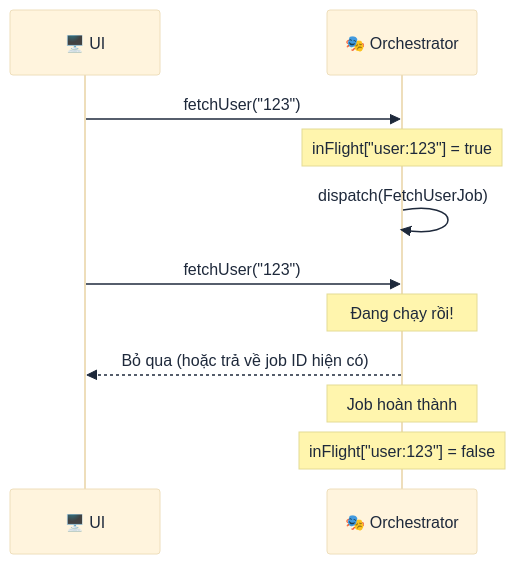
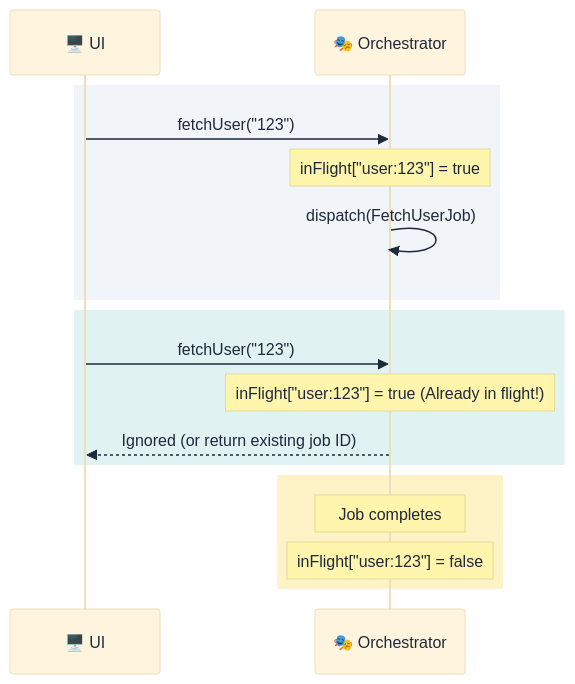
Before and after one commit to lploc94/flutter_orchestrator: diagram 14 of 16 in book/vi/chapters/05_advanced_patterns.md, drawn with Mermaid. The commit also changed 5 other files, not shown here.

First line of the commit message:
docs(book): finalize beautification of all Mermaid diagrams

````diff
--- a/book/vi/chapters/05_advanced_patterns.md
+++ b/book/vi/chapters/05_advanced_patterns.md
@@ -413,17 +413,23 @@
 ```mermaid
 %%{init: {'theme': 'base', 'themeVariables': { 'primaryTextColor': '#1e293b', 'noteTextColor': '#1e293b', 'actorTextColor': '#1e293b' }}}%%
 sequenceDiagram
     participant UI as 🖥️ UI
     participant Orch as 🎭 Orchestrator
     
-    UI->>Orch: fetchUser("123")
-    Note over Orch: inFlight["user:123"] = true
-    Orch->>Orch: dispatch(FetchUserJob)
+    rect rgb(241, 245, 249)
+        UI->>Orch: fetchUser("123")
+        Note over Orch: inFlight["user:123"] = true
+        Orch->>Orch: dispatch(FetchUserJob)
+    end
     
-    UI->>Orch: fetchUser("123")
-    Note over Orch: Đang chạy rồi!
-    Orch-->>UI: Bỏ qua (hoặc trả về job ID hiện có)
+    rect rgb(224, 242, 241)
+        UI->>Orch: fetchUser("123")
+        Note over Orch: inFlight["user:123"] = true (Already in flight!)
+        Orch-->>UI: Ignored (or return existing job ID)
+    end
     
-    Note over Orch: Job hoàn thành
-    Note over Orch: inFlight["user:123"] = false
+    rect rgb(254, 243, 199)
+        Note over Orch: Job completes
+        Note over Orch: inFlight["user:123"] = false
+    end
 ```
````
